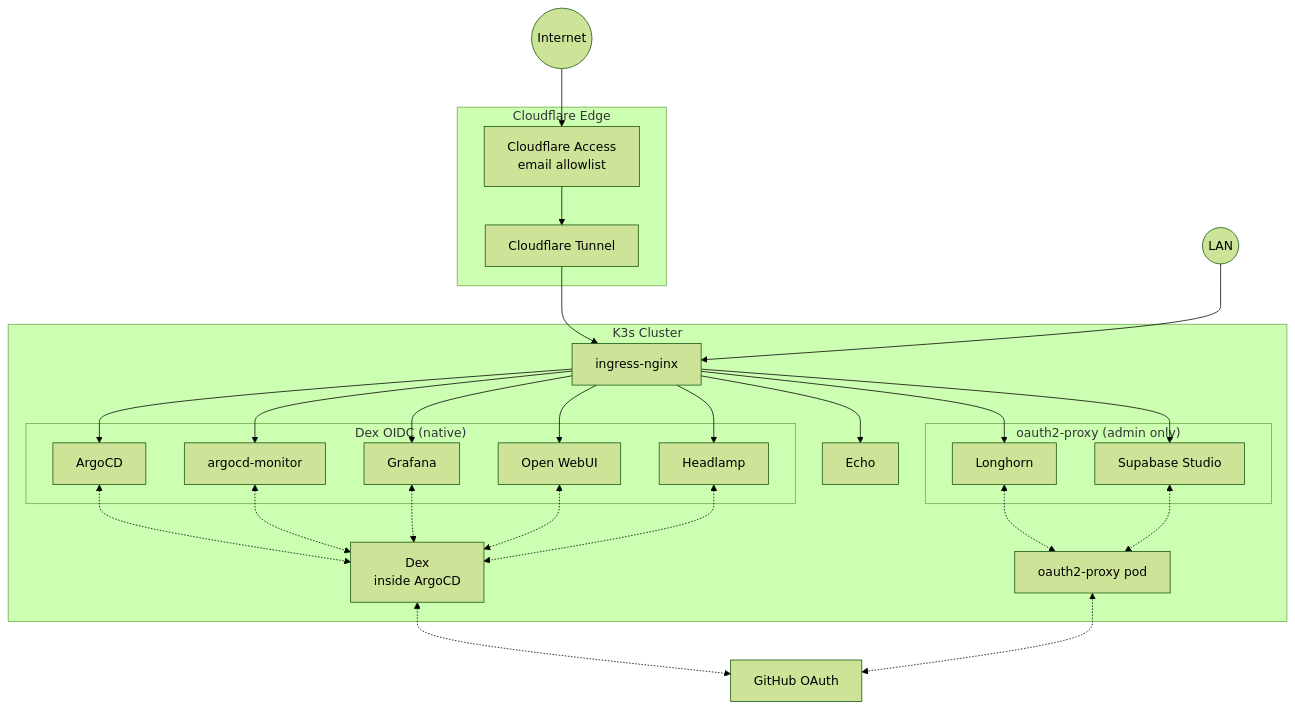
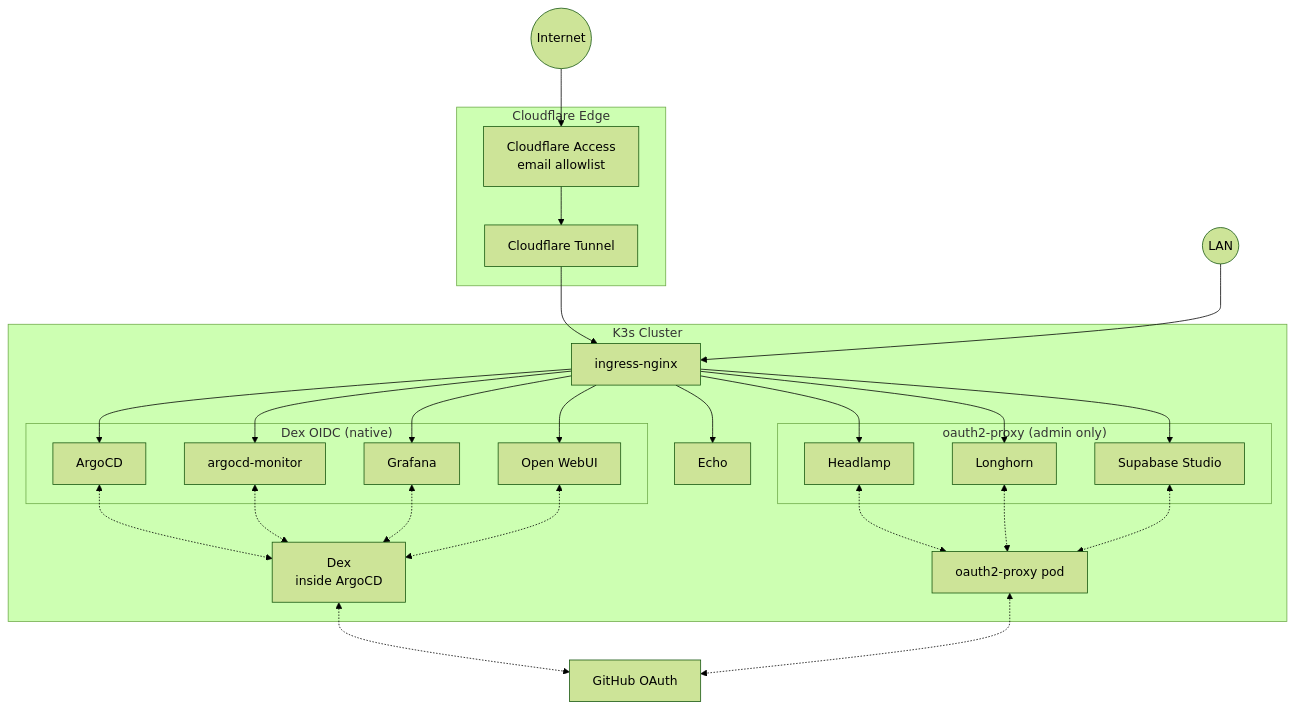
Before and after one commit to gilesknap/tpi-k3s-ansible: the sixth of 6 diagrams in docs/explanations/authentication.md, drawn with Mermaid (forest theme). The commit also changed other lines of this file and 21 other files, not shown here.

````diff
--- a/docs/explanations/authentication.md
+++ b/docs/explanations/authentication.md
@@ -250,57 +243,59 @@
 ```{mermaid}
 flowchart TB
     Internet((Internet))
     LAN((LAN))
 
     subgraph Cloudflare["Cloudflare Edge"]
         CFA[Cloudflare Access<br/>email allowlist]
         CFT[Cloudflare Tunnel]
     end
 
     subgraph Cluster["K3s Cluster"]
         NGINX[ingress-nginx]
 
         subgraph DexAuth["Dex OIDC (native)"]
             ArgoCD
             Monitor[argocd-monitor]
             Grafana
             OpenWebUI[Open WebUI]
-            Headlamp
         end
 
+        Headlamp
+
         subgraph ProxyAuth["oauth2-proxy (admin only)"]
+            Headlamp
             Longhorn
             Supabase[Supabase Studio]
         end
 
         Echo
 
         OAP[oauth2-proxy pod]
         DexPod[Dex<br/>inside ArgoCD]
     end
 
     GH[GitHub OAuth]
 
     Internet --> CFA --> CFT --> NGINX
     LAN --> NGINX
 
     NGINX --> ArgoCD
     NGINX --> Monitor
     NGINX --> Grafana
     NGINX --> OpenWebUI
     NGINX --> Headlamp
     NGINX --> Longhorn
     NGINX --> Supabase
     NGINX --> Echo
 
     ArgoCD <-.-> DexPod
     Monitor <-.-> DexPod
     Grafana <-.-> DexPod
     OpenWebUI <-.-> DexPod
-    Headlamp <-.-> DexPod
+    Headlamp <-.-> OAP
     Longhorn <-.-> OAP
     Supabase <-.-> OAP
 
     DexPod <-.-> GH
     OAP <-.-> GH
 ```
````
